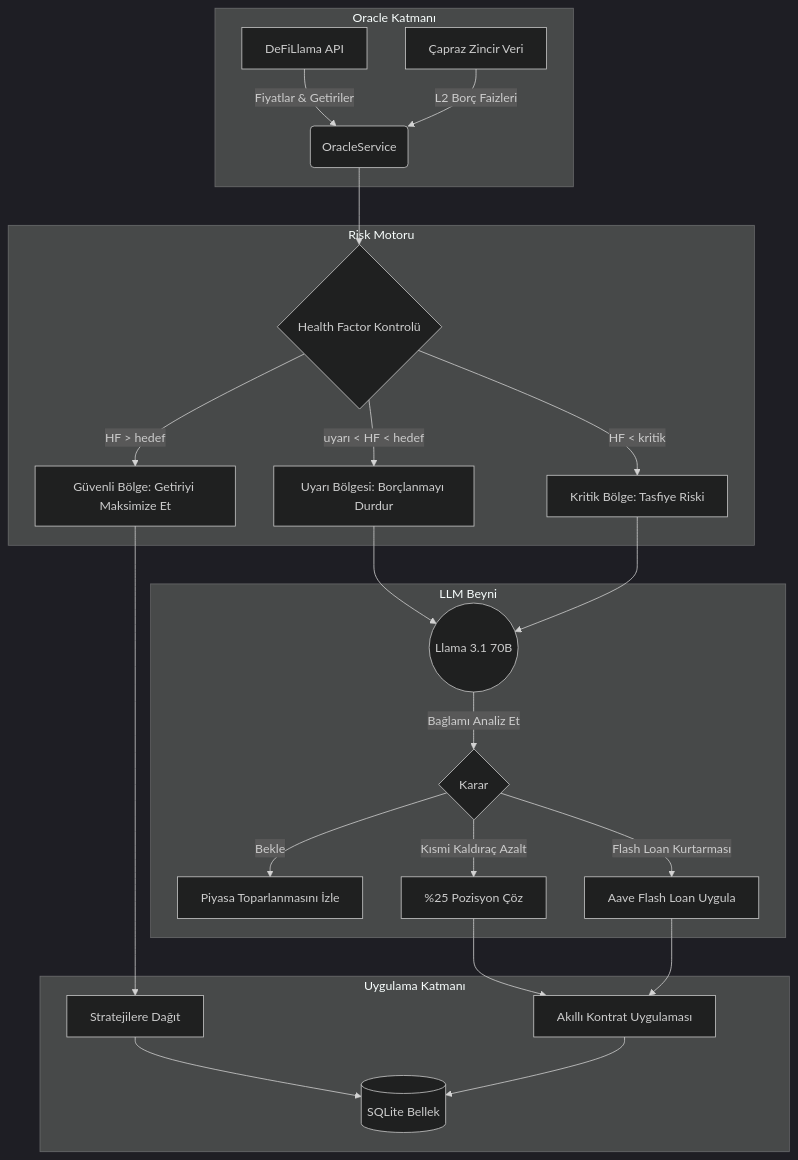
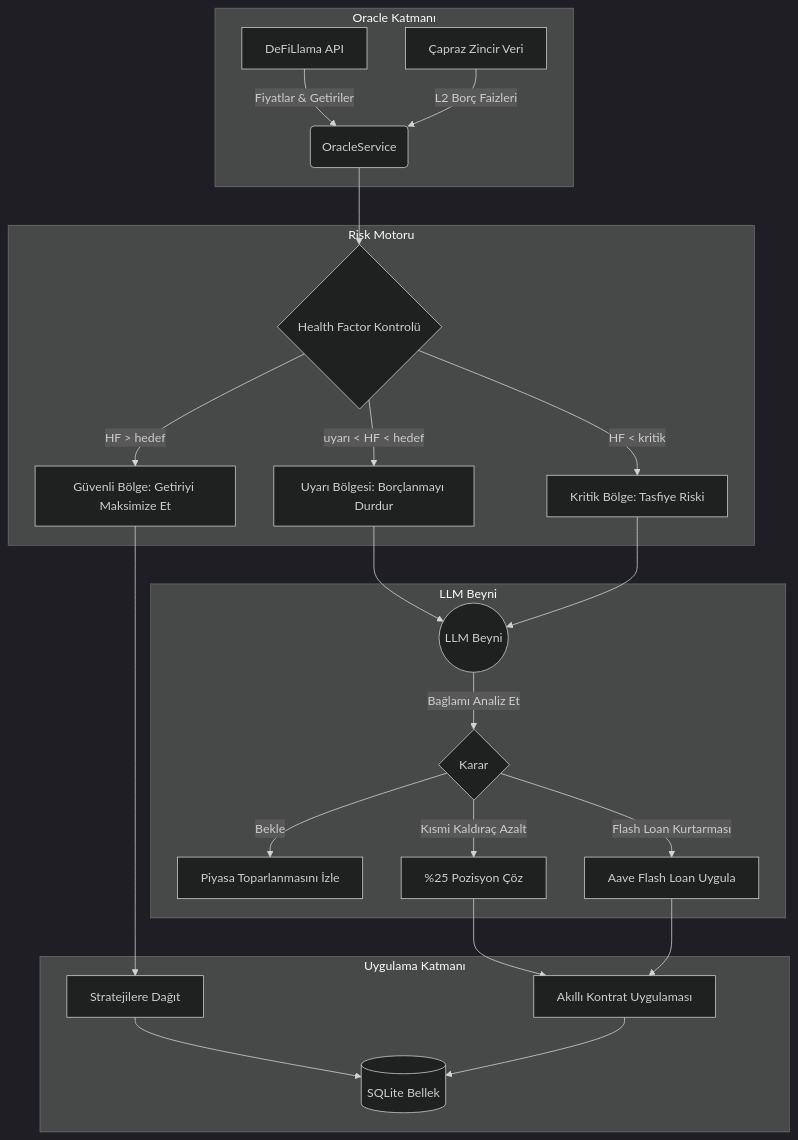
One commit to alikula37/aegis-defai-terminal changed the second of 2 diagrams in README.md. Above: the diagram before and after it, drawn with Mermaid (dark theme). The commit also changed other lines of this file and 10 other files, not shown here.

````diff
--- a/README.md
+++ b/README.md
@@ -274,31 +276,31 @@
 ```mermaid
 graph TD
     subgraph Oracle Katmanı
         A[DeFiLlama API] -->|Fiyatlar & Getiriler| B(OracleService)
         C[Çapraz Zincir Veri] -->|L2 Borç Faizleri| B
     end
 
     subgraph Risk Motoru
         B --> D{Health Factor Kontrolü}
         D -->|HF > hedef| E[Güvenli Bölge: Getiriyi Maksimize Et]
         D -->|uyarı < HF < hedef| F[Uyarı Bölgesi: Borçlanmayı Durdur]
         D -->|HF < kritik| G[Kritik Bölge: Tasfiye Riski]
     end
 
     subgraph LLM Beyni
-        F --> H((Llama 3.1 70B))
+        F --> H((LLM Beyni))
         G --> H
         H -->|Bağlamı Analiz Et| I{Karar}
         I -->|Bekle| J[Piyasa Toparlanmasını İzle]
         I -->|Kısmi Kaldıraç Azalt| K[%25 Pozisyon Çöz]
         I -->|Flash Loan Kurtarması| L[Aave Flash Loan Uygula]
     end
 
     subgraph Uygulama Katmanı
         E --> M[Stratejilere Dağıt]
         K --> N[Akıllı Kontrat Uygulaması]
         L --> N
         M --> O[(SQLite Bellek)]
         N --> O
     end
 ```
````
